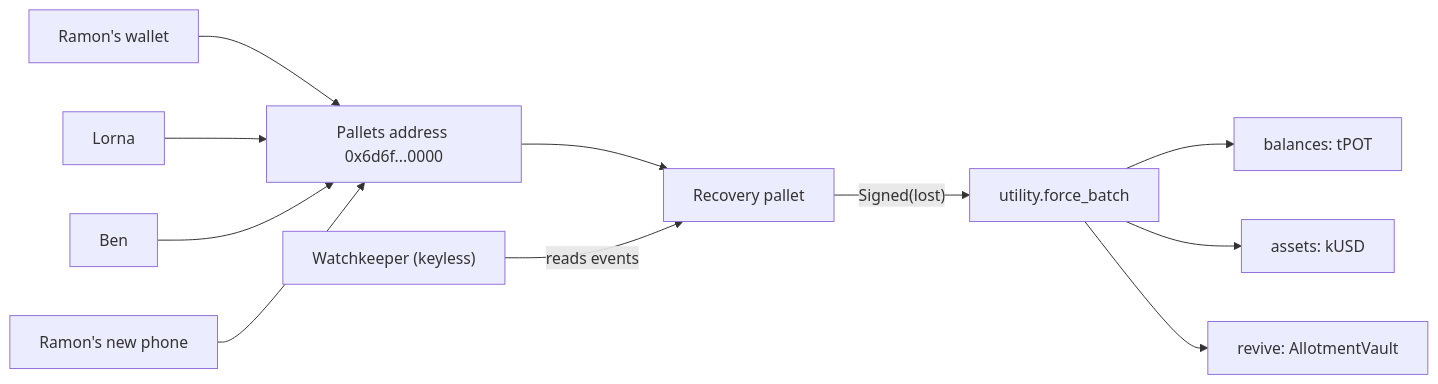
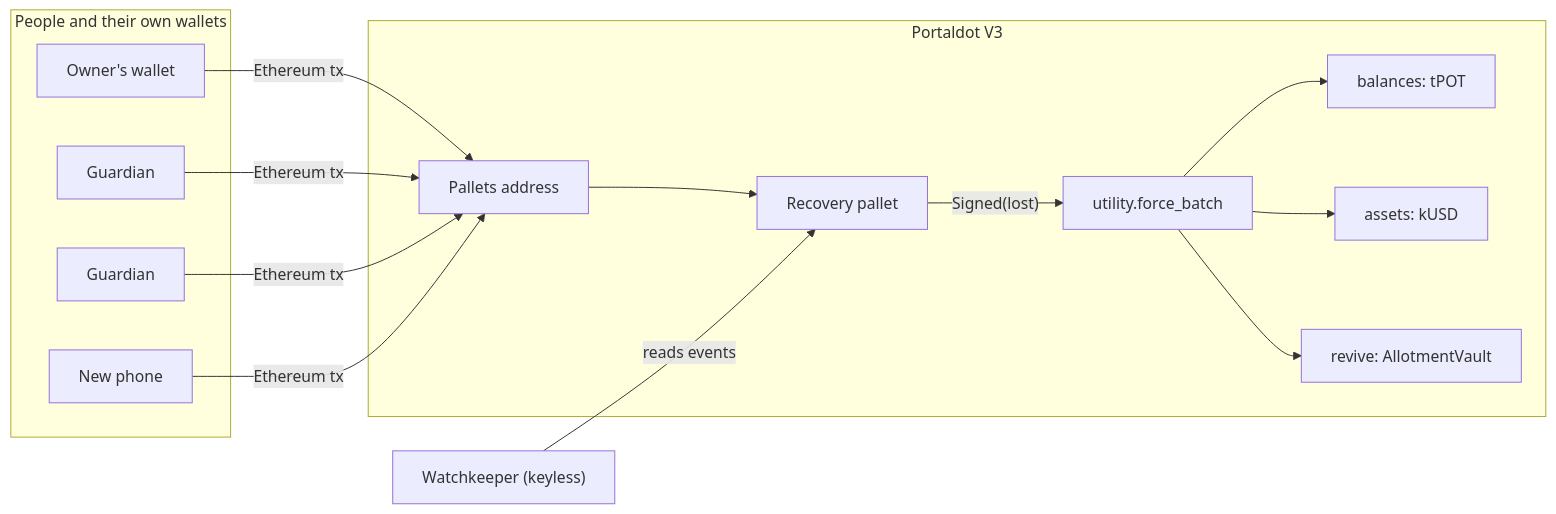
The second of 2 diagrams in README.md (0xkinno/kedge), drawn with Mermaid before and after one commit. The commit also changed other lines of this file and 83 other files, not shown here.

Commit message:
feat: redesigned landing and Harbour, hero photograph placed per brief, live chain strip, tactile controls, end-to-end wallet journey test with recordings, Vercel deploy script, new README

````diff
--- a/README.md
+++ b/README.md
@@ -65,8 +152,13 @@
 ```mermaid
 flowchart LR
-  R["Ramon's wallet"] & L["Lorna"] & B["Ben"] & N["Ramon's new phone"] --> PA["Pallets address 0x6d6f...0000"]
-  PA --> REC["Recovery pallet"]
-  REC -- "Signed(lost)" --> UT["utility.force_batch"]
-  UT --> BAL["balances: tPOT"] & AS["assets: kUSD"] & RV["revive: AllotmentVault"]
-  W["Watchkeeper (keyless)"] -- reads events --> REC
+  subgraph People["People and their own wallets"]
+    R["Owner's wallet"] & G1["Guardian"] & G2["Guardian"] & N["New phone"]
+  end
+  subgraph Chain["Portaldot V3"]
+    PA["Pallets address"] --> REC["Recovery pallet"]
+    REC -- "Signed(lost)" --> UT["utility.force_batch"]
+    UT --> BAL["balances: tPOT"] & AS["assets: kUSD"] & RV["revive: AllotmentVault"]
+  end
+  R & G1 & G2 & N -- "Ethereum tx" --> PA
+  W["Watchkeeper (keyless)"] -- "reads events" --> REC
 ```
````
